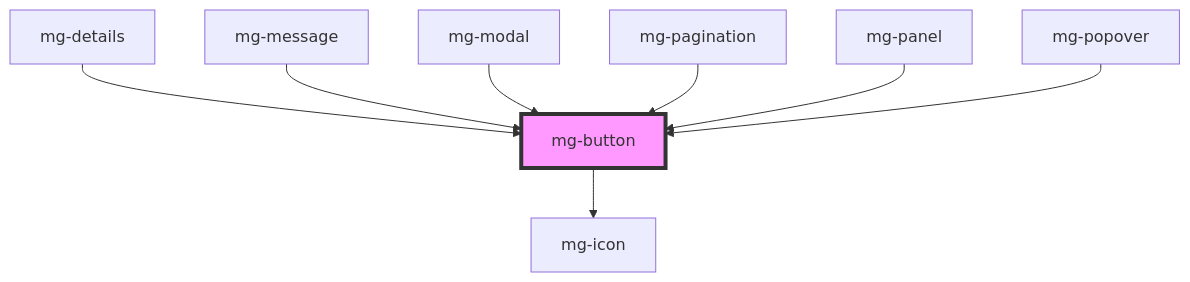
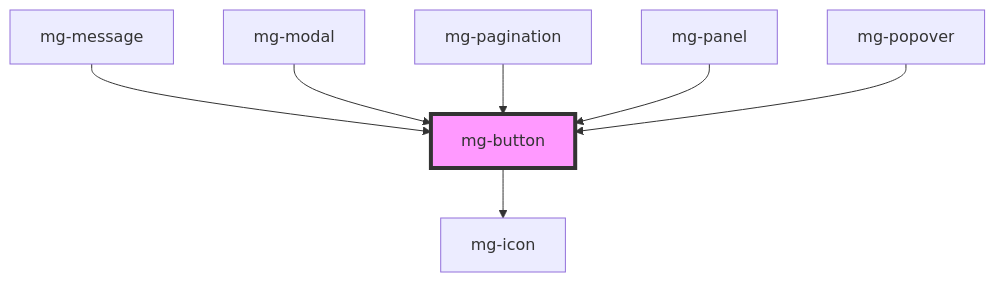
Before and after one commit to MGDIS/mg-components: the diagram in src/components/atoms/mg-button/readme.md, drawn with Mermaid. The commit also changed other lines of this file and 22 other files, not shown here.

````diff
--- a/src/components/atoms/mg-button/readme.md
+++ b/src/components/atoms/mg-button/readme.md
@@ -58,11 +57,10 @@
 ```mermaid
 graph TD;
   mg-button --> mg-icon
-  mg-details --> mg-button
   mg-message --> mg-button
   mg-modal --> mg-button
   mg-pagination --> mg-button
   mg-panel --> mg-button
   mg-popover --> mg-button
   style mg-button fill:#f9f,stroke:#333,stroke-width:4px
 ```
````
